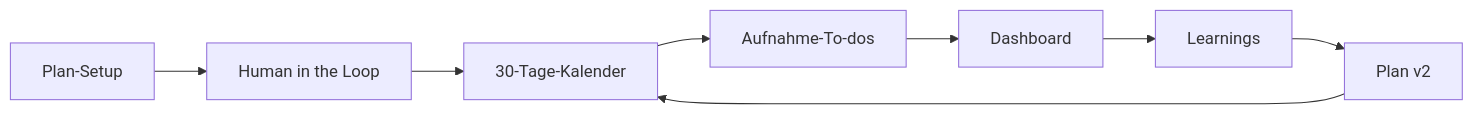
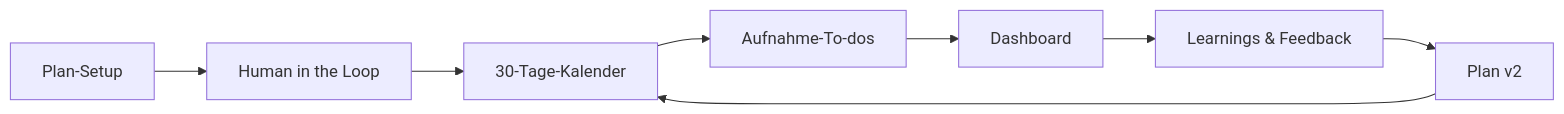
One commit to michazauner1102-spec/contentpilot changed the diagram in README.md. Above: the diagram before and after it, drawn with Mermaid. The commit also changed other lines of this file and 2 other files, not shown here.

First line of the commit message:
Docs und Demo-Video: README um Feedback, Skript-Flow und Aufnahme-Skript ergänzen.

````diff
--- a/README.md
+++ b/README.md
@@ -52,10 +53,10 @@
 ```mermaid
 flowchart LR
   A[Plan-Setup] --> B[Human in the Loop]
   B --> C[30-Tage-Kalender]
   C --> D[Aufnahme-To-dos]
   D --> E[Dashboard]
-  E --> F[Learnings]
+  E --> F[Learnings & Feedback]
   F --> G[Plan v2]
   G --> C
 ```
````
